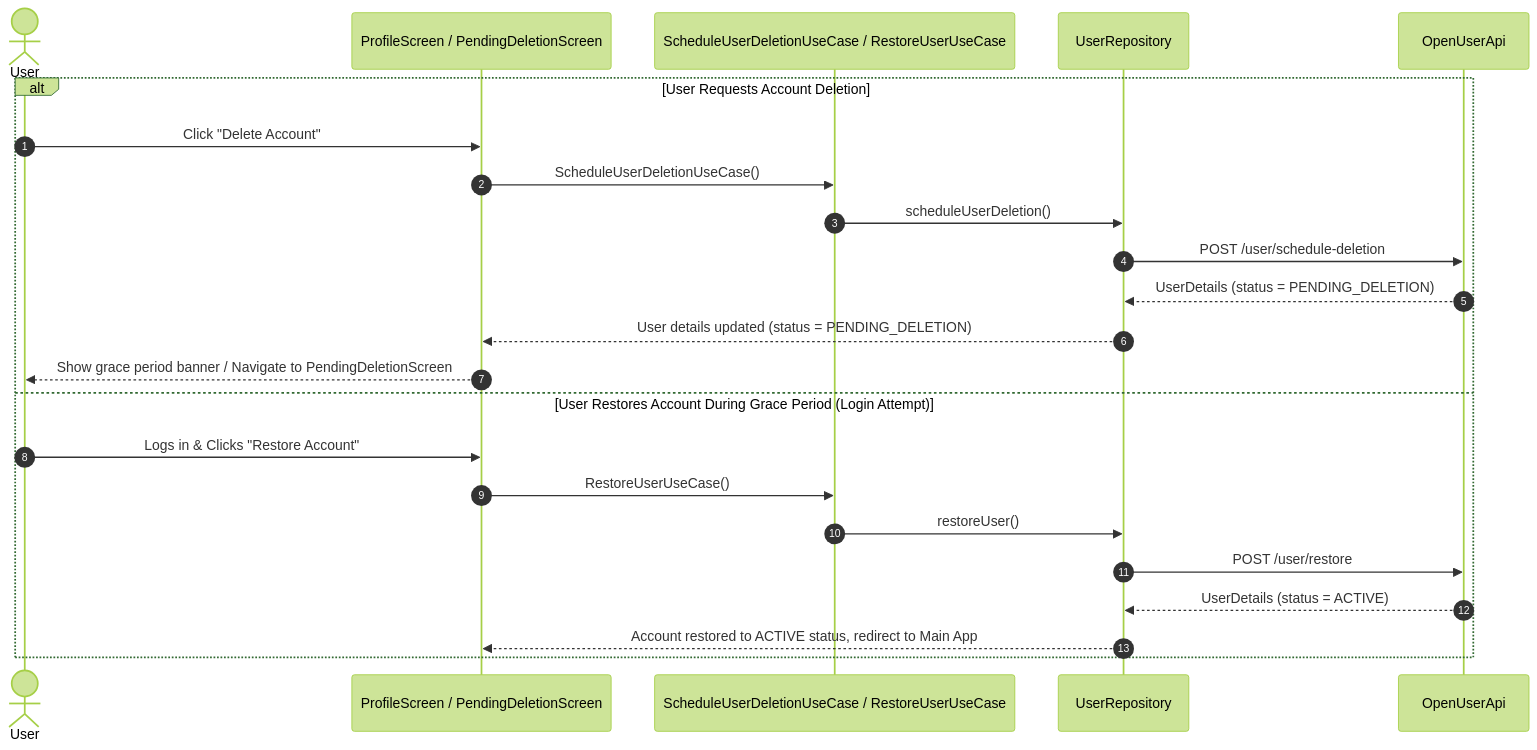
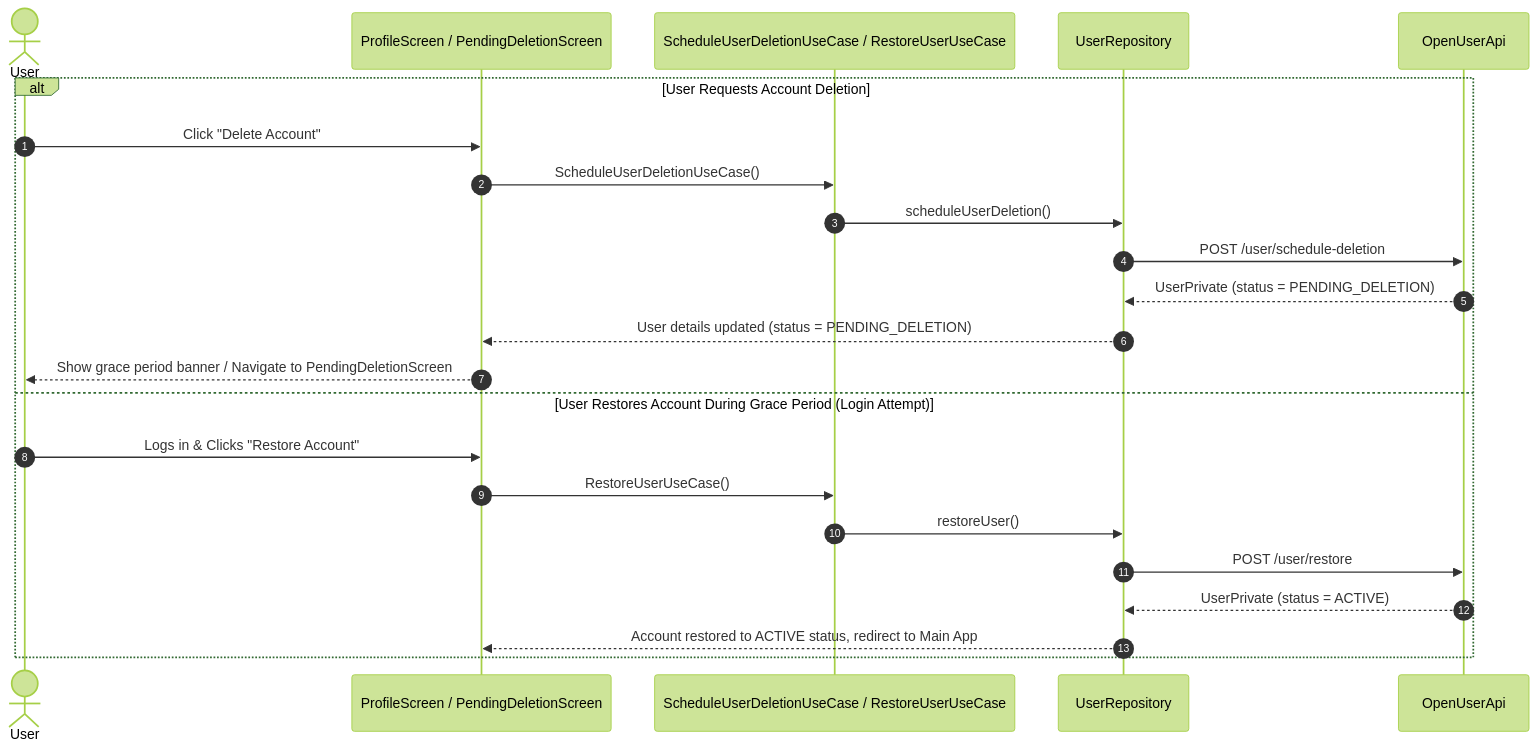
One commit to mudrichenkoevgeny/web-platform-sdk changed the third of 3 diagrams in docs/architecture/flows/account_management_flows.md. Above: the diagram before and after it, drawn with Mermaid (forest theme). The commit also changed 224 other files, not shown here.

````diff
--- a/docs/architecture/flows/account_management_flows.md
+++ b/docs/architecture/flows/account_management_flows.md
@@ -90,26 +90,26 @@
 ```mermaid
 sequenceDiagram
     autonumber
     actor User
     participant UI as ProfileScreen / PendingDeletionScreen
     participant UC as ScheduleUserDeletionUseCase / RestoreUserUseCase
     participant Repo as UserRepository
     participant API as OpenUserApi
 
     alt User Requests Account Deletion
         User->>UI: Click "Delete Account"
         UI->>UC: ScheduleUserDeletionUseCase()
         UC->>Repo: scheduleUserDeletion()
         Repo->>API: POST /user/schedule-deletion
-        API-->>Repo: UserDetails (status = PENDING_DELETION)
+        API-->>Repo: UserPrivate (status = PENDING_DELETION)
         Repo-->>UI: User details updated (status = PENDING_DELETION)
         UI-->>User: Show grace period banner / Navigate to PendingDeletionScreen
     else User Restores Account During Grace Period (Login Attempt)
         User->>UI: Logs in & Clicks "Restore Account"
         UI->>UC: RestoreUserUseCase()
         UC->>Repo: restoreUser()
         Repo->>API: POST /user/restore
-        API-->>Repo: UserDetails (status = ACTIVE)
+        API-->>Repo: UserPrivate (status = ACTIVE)
         Repo-->>UI: Account restored to ACTIVE status, redirect to Main App
     end
 ```
````
